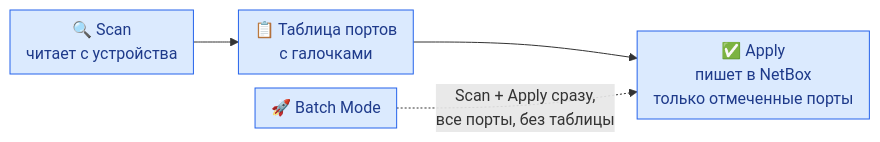
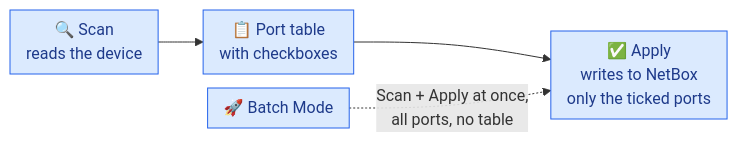
One commit to Madly222/MCPforMonitoring changed the first of 5 diagrams in docs/features/06b-netbox-cdp.md. Above: the diagram before and after it, drawn with Mermaid. The commit also changed other lines of this file and 37 other files, not shown here.

````diff
--- a/docs/features/06b-netbox-cdp.md
+++ b/docs/features/06b-netbox-cdp.md
@@ -11,9 +11,9 @@
 ```mermaid
 %%{init: {"flowchart": {"nodeSpacing": 14, "rankSpacing": 45, "curve": "basis", "padding": 8, "wrappingWidth": 260}}}%%
 flowchart LR
-    A["🔍 Scan<br/>читает с устройства"]:::admin --> B["📋 Таблица портов<br/>с галочками"]:::admin
-    B --> C["✅ Apply<br/>пишет в NetBox<br/>только отмеченные порты"]:::admin
-    D["🚀 Batch Mode"]:::admin -. "Scan + Apply сразу,<br/>все порты, без таблицы" .-> C
+    A["🔍 Scan<br/>reads the device"]:::admin --> B["📋 Port table<br/>with checkboxes"]:::admin
+    B --> C["✅ Apply<br/>writes to NetBox<br/>only the ticked ports"]:::admin
+    D["🚀 Batch Mode"]:::admin -. "Scan + Apply at once,<br/>all ports, no table" .-> C
 
     classDef admin fill:#dbeafe,stroke:#2563eb,color:#1e3a8a
 ```
````
